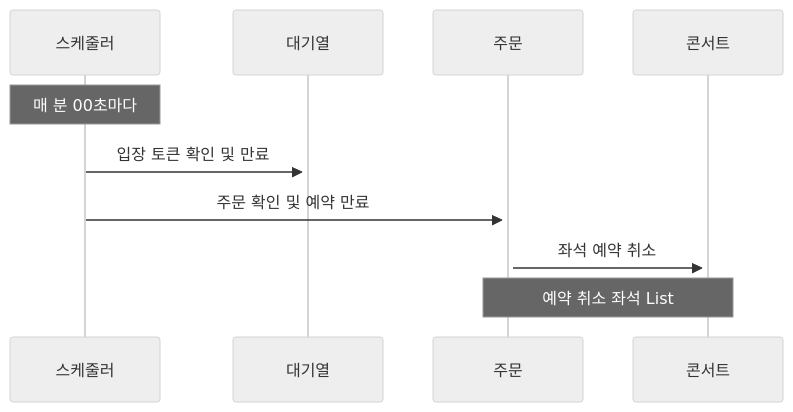
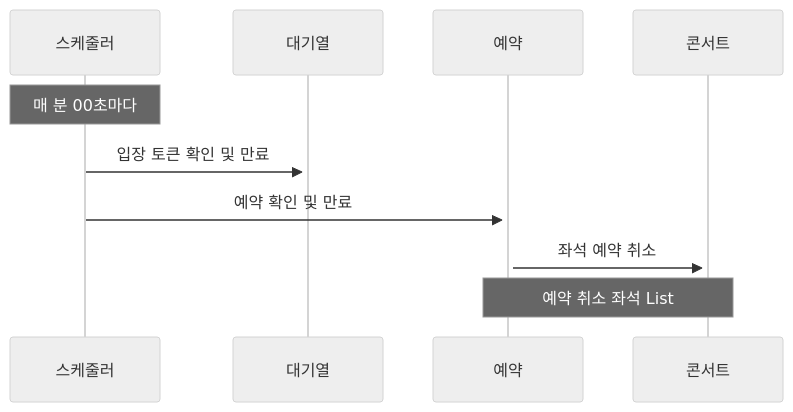
One commit to YoungWonBackendStudy/HHPlus-Concert-Reservation changed the tenth of 14 diagrams in README.md. Above: the diagram before and after it, drawn with Mermaid (neutral theme). The commit also changed other lines of this file, not shown here.

````diff
--- a/README.md
+++ b/README.md
@@ -156,9 +156,9 @@
 ```mermaid
 sequenceDiagram
 
 Note over 스케줄러: 매 분 00초마다
 스케줄러 ->>+ 대기열: 입장 토큰 확인 및 만료
-스케줄러 ->>+ 주문: 주문 확인 및 예약 만료
-주문 ->>+ 콘서트: 좌석 예약 취소
-Note over 주문, 콘서트: 예약 취소 좌석 List
+스케줄러 ->>+ 예약: 예약 확인 및 만료
+예약 ->>+ 콘서트: 좌석 예약 취소
+Note over 예약, 콘서트: 예약 취소 좌석 List
 ```
````
